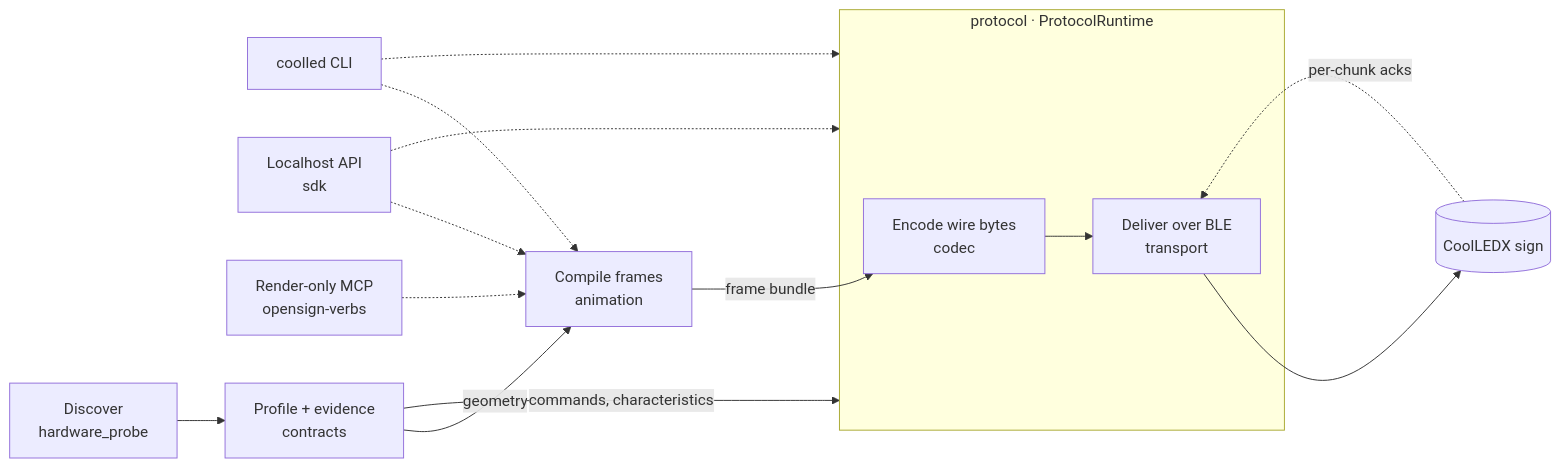
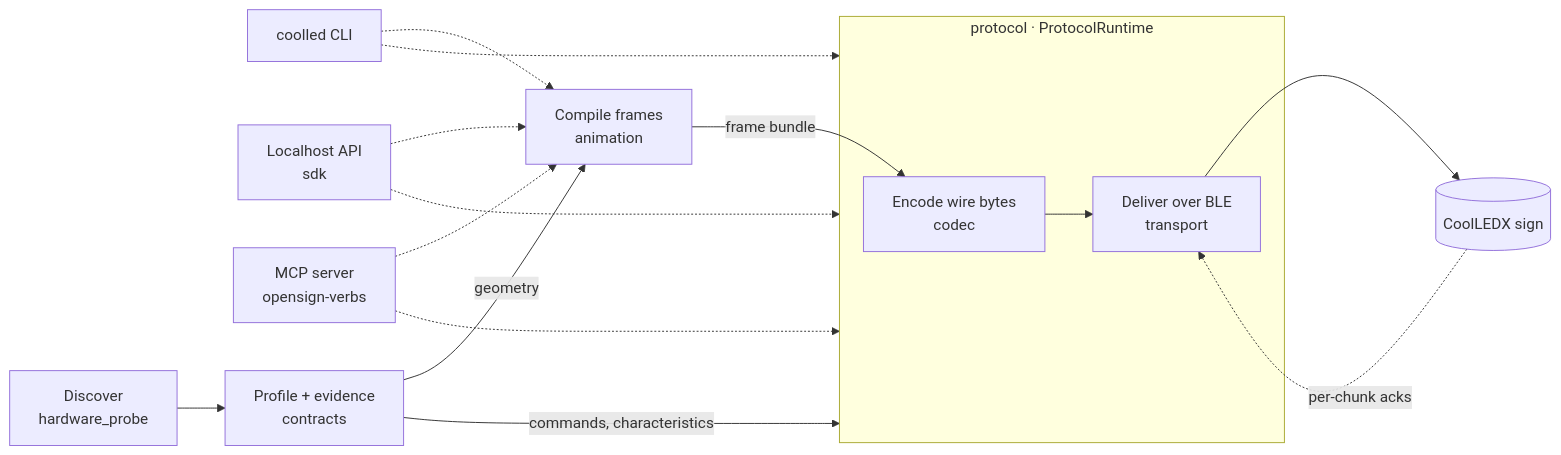
One commit to schulzad/coolled-sign-controller changed the diagram in README.md. Above: the diagram before and after it, drawn with Mermaid. The commit also changed other lines of this file and 15 other files, not shown here.

````diff
--- a/README.md
+++ b/README.md
@@ -97,27 +108,28 @@
 ```mermaid
 flowchart LR
   CLI["coolled CLI"]
   SDK["Localhost API<br/>sdk"]
-  MCP["Render-only MCP<br/>opensign-verbs"]
+  MCP["MCP server<br/>opensign-verbs"]
   HP["Discover<br/>hardware_probe"]
   LG["Profile + evidence<br/>contracts"]
   AN["Compile frames<br/>animation"]
   subgraph PR ["protocol · ProtocolRuntime"]
     CO["Encode wire bytes<br/>codec"]
     TR["Deliver over BLE<br/>transport"]
     CO --> TR
   end
   SIGN[("CoolLEDX sign")]
 
   HP --> LG
   LG -->|geometry| AN
   LG -->|"commands, characteristics"| PR
   AN -->|frame bundle| CO
   TR --> SIGN
   SIGN -.->|per-chunk acks| TR
   CLI -.-> AN
   CLI -.-> PR
   SDK -.-> AN
   SDK -.-> PR
   MCP -.-> AN
+  MCP -.-> PR
 ```
````
